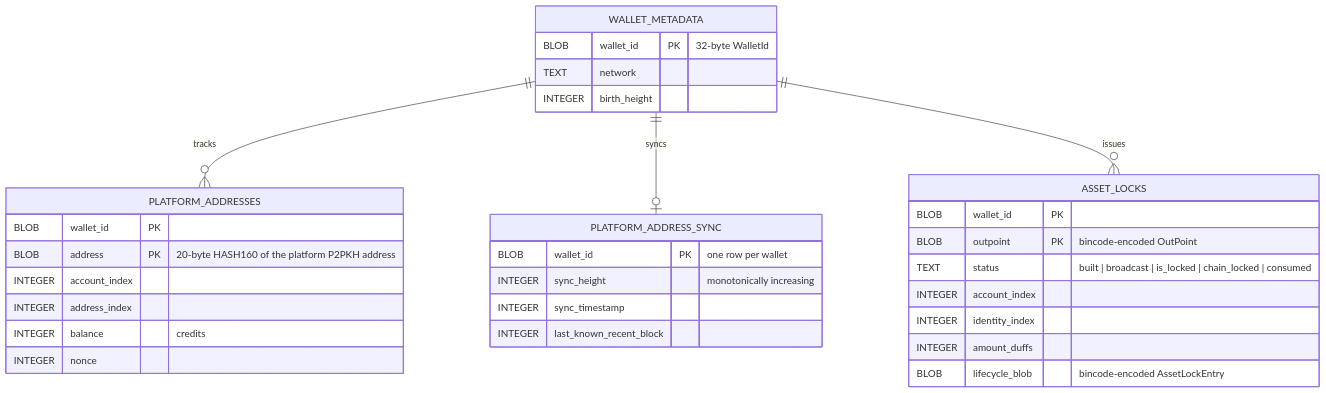
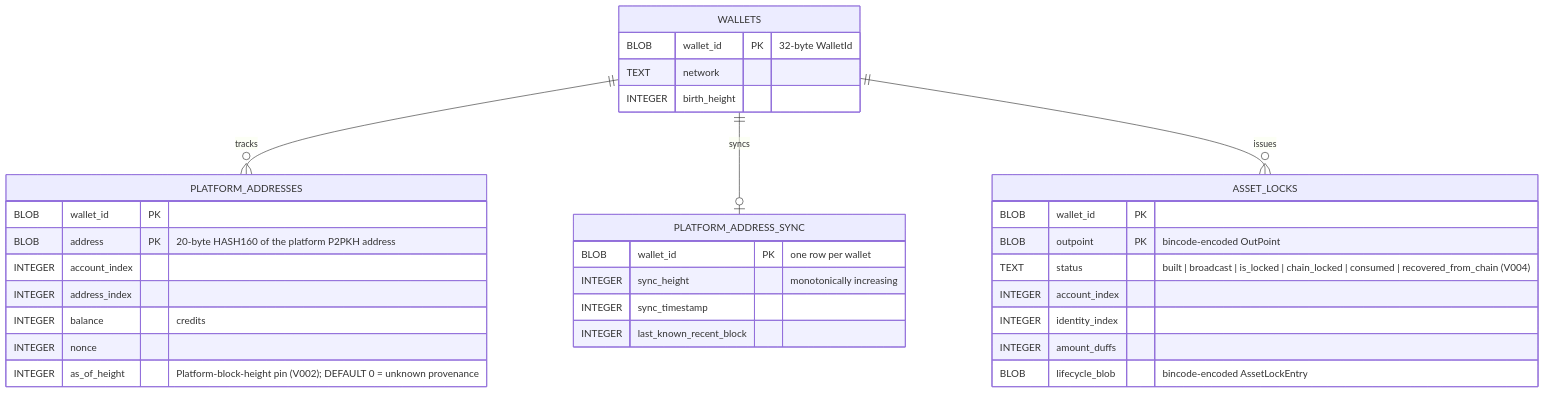
Before and after one commit to dashpay/platform: the fourth of 5 diagrams in packages/rs-platform-wallet-storage/SCHEMA.md, drawn with Mermaid. The commit also changed other lines of this file and 150 other files, not shown here.

Commit message:
feat(platform-wallet-storage): embeddable SQLite persistence backend with seedless rehydration (#3968)

````diff
--- a/packages/rs-platform-wallet-storage/SCHEMA.md
+++ b/packages/rs-platform-wallet-storage/SCHEMA.md
@@ -224,38 +207,39 @@
 ```mermaid
 erDiagram
-    WALLET_METADATA ||--o{ PLATFORM_ADDRESSES : "tracks"
-    WALLET_METADATA ||--o| PLATFORM_ADDRESS_SYNC : "syncs"
-    WALLET_METADATA ||--o{ ASSET_LOCKS : "issues"
+    WALLETS ||--o{ PLATFORM_ADDRESSES : "tracks"
+    WALLETS ||--o| PLATFORM_ADDRESS_SYNC : "syncs"
+    WALLETS ||--o{ ASSET_LOCKS : "issues"
 
-    WALLET_METADATA {
+    WALLETS {
         BLOB wallet_id PK "32-byte WalletId"
         TEXT network
         INTEGER birth_height
     }
 
     PLATFORM_ADDRESSES {
         BLOB wallet_id PK
         BLOB address PK "20-byte HASH160 of the platform P2PKH address"
         INTEGER account_index
         INTEGER address_index
         INTEGER balance "credits"
         INTEGER nonce
+        INTEGER as_of_height "Platform-block-height pin (V002); DEFAULT 0 = unknown provenance"
     }
 
     PLATFORM_ADDRESS_SYNC {
         BLOB wallet_id PK "one row per wallet"
         INTEGER sync_height "monotonically increasing"
         INTEGER sync_timestamp
         INTEGER last_known_recent_block
     }
 
     ASSET_LOCKS {
         BLOB wallet_id PK
         BLOB outpoint PK "bincode-encoded OutPoint"
-        TEXT status "built | broadcast | is_locked | chain_locked | consumed"
+        TEXT status "built | broadcast | is_locked | chain_locked | consumed | recovered_from_chain (V004)"
         INTEGER account_index
         INTEGER identity_index
         INTEGER amount_duffs
         BLOB lifecycle_blob "bincode-encoded AssetLockEntry"
     }
 ```
````
